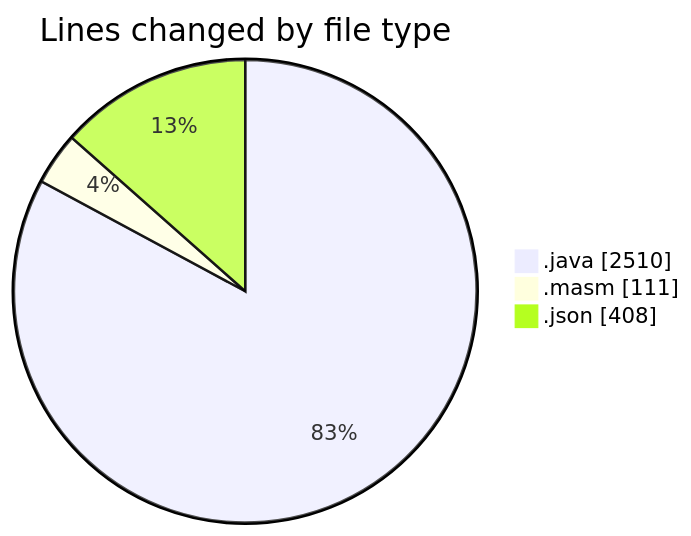
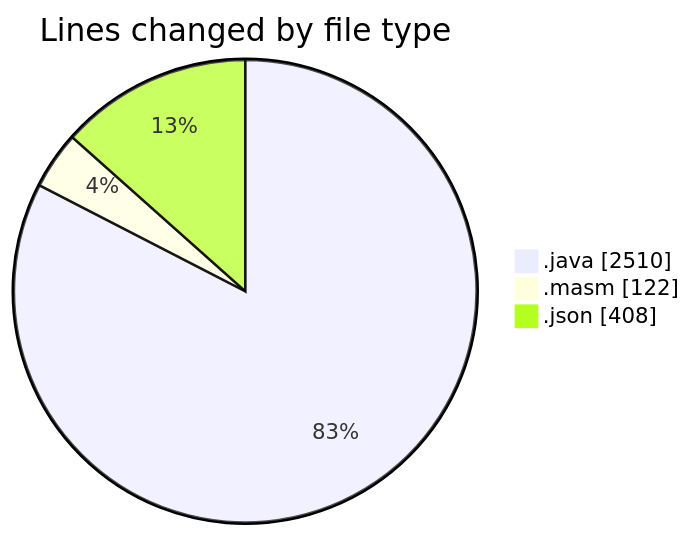
One commit to charlie-sans/code-tracking changed the first of 2 diagrams in 2025-02-19/masm/README.md. Above: the diagram before and after it, drawn with Mermaid. The commit also changed other lines of this file and 1 other file, not shown here.

````diff
--- a/2025-02-19/masm/README.md
+++ b/2025-02-19/masm/README.md
@@ -31,7 +31,7 @@
 ```mermaid
 pie showData
 title Lines changed by file type
 ".java" : 2510
-".masm" : 111
+".masm" : 122
 ".json" : 408
 ```
````
